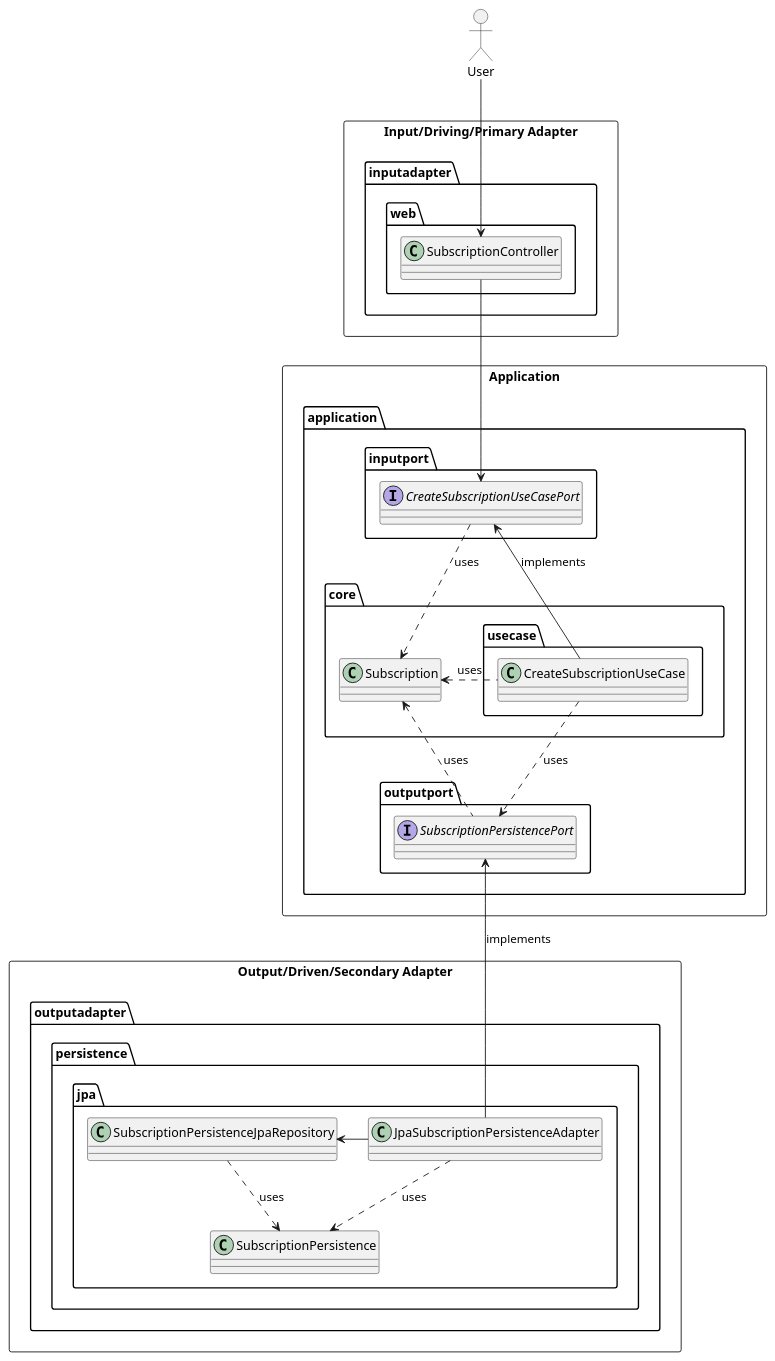
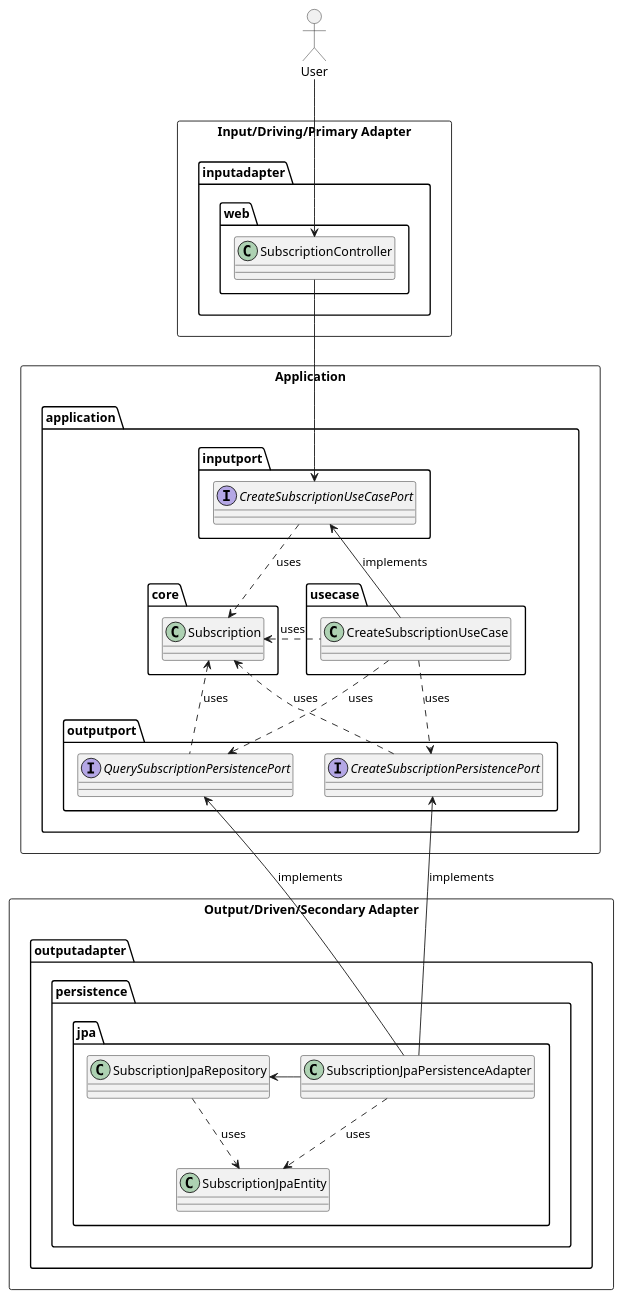
The diagram in hex/docs/diagrams/class.puml (abchau/architecture-by-examples), drawn with PlantUML before and after one commit. The commit also changed 2 other files, not shown here.

Commit message:
refactor(hex): move usecase package

```diff
--- a/hex/docs/diagrams/class.puml
+++ b/hex/docs/diagrams/class.puml
@@ -1,59 +1,64 @@
 @startuml
 allowmixing
 
 rectangle "Input/Driving/Primary Adapter" {
 	package inputadapter {
 		package web {
 			class SubscriptionController
 		}
 	}
 }
 
 rectangle "Application" {
 	package application {
 		package inputport {
 			interface CreateSubscriptionUseCasePort
 		}
 
+		package usecase {
+			class CreateSubscriptionUseCase
+		}
+		
 		package core {
 			class Subscription
-			package usecase {
-				class CreateSubscriptionUseCase
-			}
 		}
 
 		package outputport {
-			interface SubscriptionPersistencePort
+			interface CreateSubscriptionPersistencePort
+			interface QuerySubscriptionPersistencePort
 		}
 	}
 }
 
 rectangle "Output/Driven/Secondary Adapter" {
 	package outputadapter {
 		package persistence {
 			package jpa {
-				class JpaSubscriptionPersistenceAdapter
-				class SubscriptionPersistenceJpaRepository
-				class SubscriptionPersistence
+				class SubscriptionJpaPersistenceAdapter
+				class SubscriptionJpaRepository
+				class SubscriptionJpaEntity
 			}
 		}
 	}
 }
 
 actor User
 User -down-> SubscriptionController
 
 SubscriptionController -down-> CreateSubscriptionUseCasePort
 CreateSubscriptionUseCasePort .down.> Subscription: uses
 CreateSubscriptionUseCase -up-> CreateSubscriptionUseCasePort: implements
 CreateSubscriptionUseCase .left.> Subscription: uses
-CreateSubscriptionUseCase .down.> SubscriptionPersistencePort: uses
+CreateSubscriptionUseCase .down.> CreateSubscriptionPersistencePort: uses
+CreateSubscriptionUseCase .down.> QuerySubscriptionPersistencePort: uses
 
-SubscriptionPersistencePort .up.> Subscription: uses
+CreateSubscriptionPersistencePort .up.> Subscription: uses
+QuerySubscriptionPersistencePort .up.> Subscription: uses
 
-JpaSubscriptionPersistenceAdapter -up-> SubscriptionPersistencePort: implements
-JpaSubscriptionPersistenceAdapter -left-> SubscriptionPersistenceJpaRepository
-SubscriptionPersistenceJpaRepository ..> SubscriptionPersistence: uses
-JpaSubscriptionPersistenceAdapter ..> SubscriptionPersistence: uses
+SubscriptionJpaPersistenceAdapter -up-> CreateSubscriptionPersistencePort: implements
+SubscriptionJpaPersistenceAdapter -up-> QuerySubscriptionPersistencePort: implements
+SubscriptionJpaPersistenceAdapter -left-> SubscriptionJpaRepository
+SubscriptionJpaRepository ..> SubscriptionJpaEntity: uses
+SubscriptionJpaPersistenceAdapter ..> SubscriptionJpaEntity: uses
 
 @enduml
```
